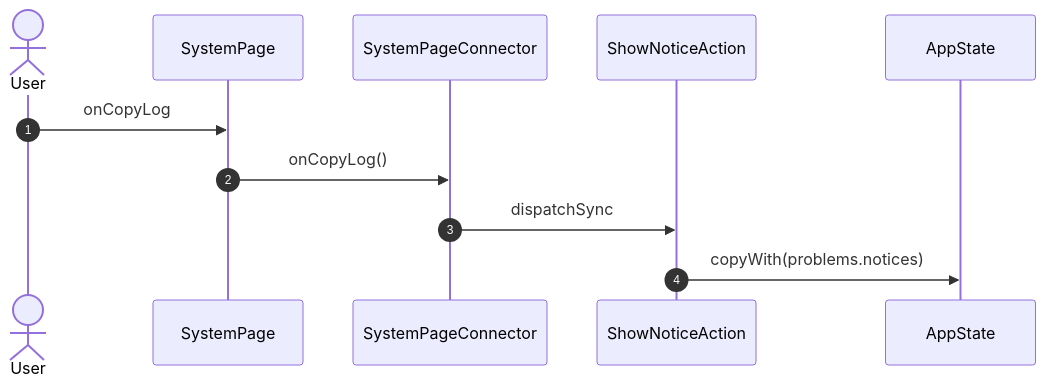
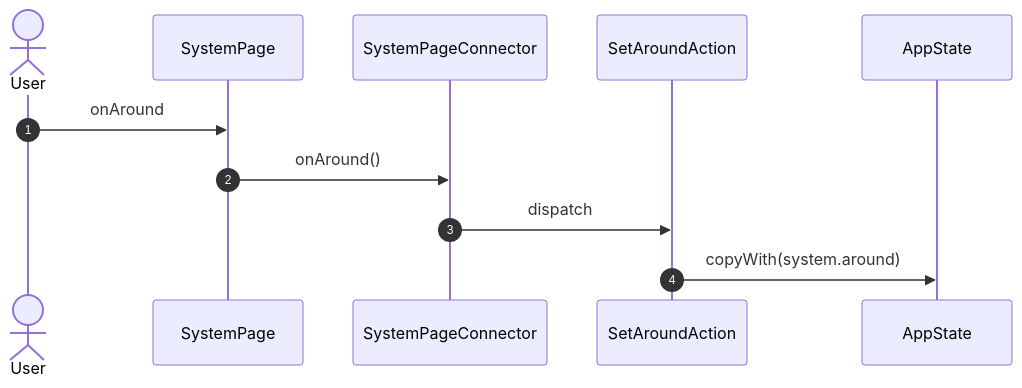
One commit to gencto/wyrm changed diagram 16 of 26 in studio/docs/flows/system.md. Above: the diagram before and after it, drawn with Mermaid. The commit also changed other lines of this file and 88 other files, not shown here.

First line of the commit message:
studio: system: typed values, words in ui, one action per intent

````diff
--- a/studio/docs/flows/system.md
+++ b/studio/docs/flows/system.md
@@ -351,14 +272,14 @@
 ```mermaid
 sequenceDiagram
     autonumber
     actor User
     participant UI as SystemPage
     participant VM as SystemPageConnector
-    participant A1 as ShowNoticeAction
+    participant A1 as SetAroundAction
     participant ST as AppState
 
-    User->>UI: onCopyLog
-    UI->>VM: onCopyLog()
-    VM->>A1: dispatchSync
-    A1->>ST: copyWith(problems.notices)
+    User->>UI: onAround
+    UI->>VM: onAround()
+    VM->>A1: dispatch
+    A1->>ST: copyWith(system.around)
 ```
````
